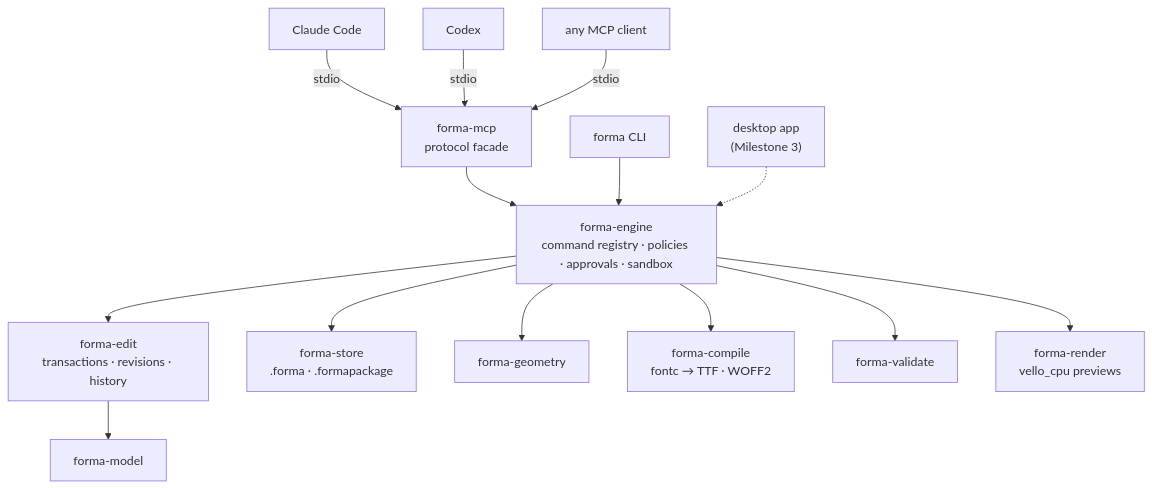
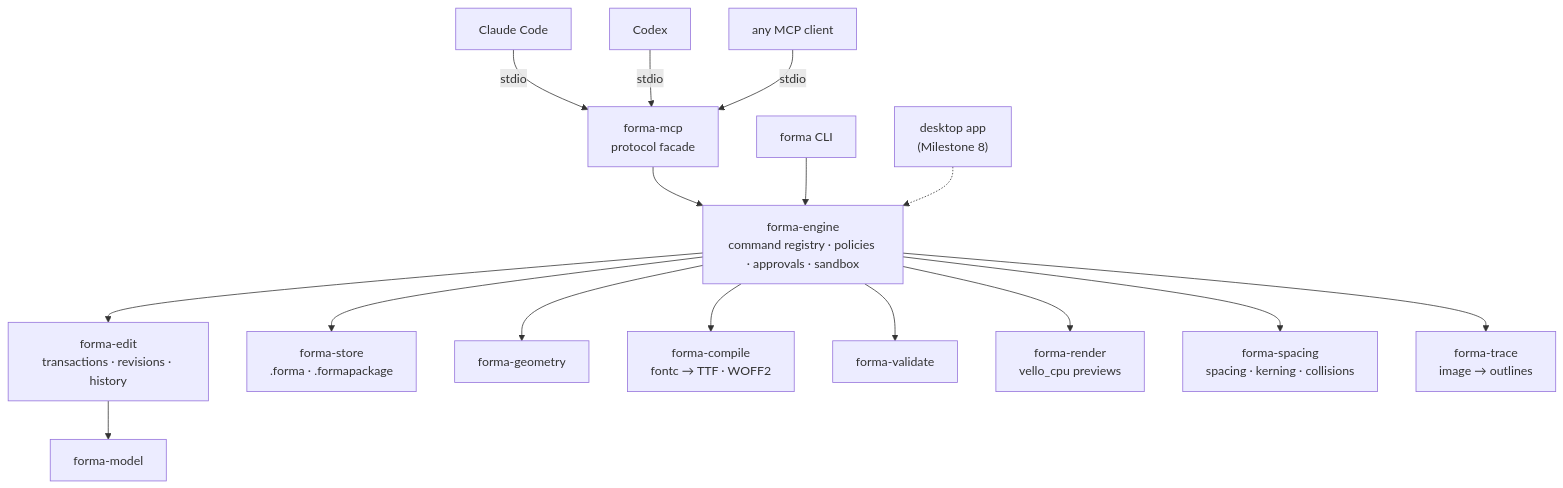
Before and after one commit to luisfarfan/forma: the first of 2 diagrams in README.md, drawn with Mermaid. The commit also changed other lines of this file and 6 other files, not shown here.

First line of the commit message:
docs: milestone 2 tools, architecture, guides and README

````diff
--- a/README.md
+++ b/README.md
@@ -125,16 +125,18 @@
 ```mermaid
 flowchart TB
   CC["Claude Code"] -->|stdio| MCP
   CX["Codex"] -->|stdio| MCP
   ANY["any MCP client"] -->|stdio| MCP
   MCP["forma-mcp<br/>protocol facade"] --> ENG
   CLI["forma CLI"] --> ENG
-  APP["desktop app<br/>(Milestone 3)"] -.-> ENG
+  APP["desktop app<br/>(Milestone 8)"] -.-> ENG
   ENG["forma-engine<br/>command registry · policies · approvals · sandbox"] --> EDIT["forma-edit<br/>transactions · revisions · history"]
   EDIT --> MODEL["forma-model"]
   ENG --> STORE["forma-store<br/>.forma · .formapackage"]
   ENG --> GEO["forma-geometry"]
   ENG --> COMP["forma-compile<br/>fontc → TTF · WOFF2"]
   ENG --> VAL["forma-validate"]
   ENG --> REND["forma-render<br/>vello_cpu previews"]
+  ENG --> SPC["forma-spacing<br/>spacing · kerning · collisions"]
+  ENG --> TRC["forma-trace<br/>image → outlines"]
 ```
````
